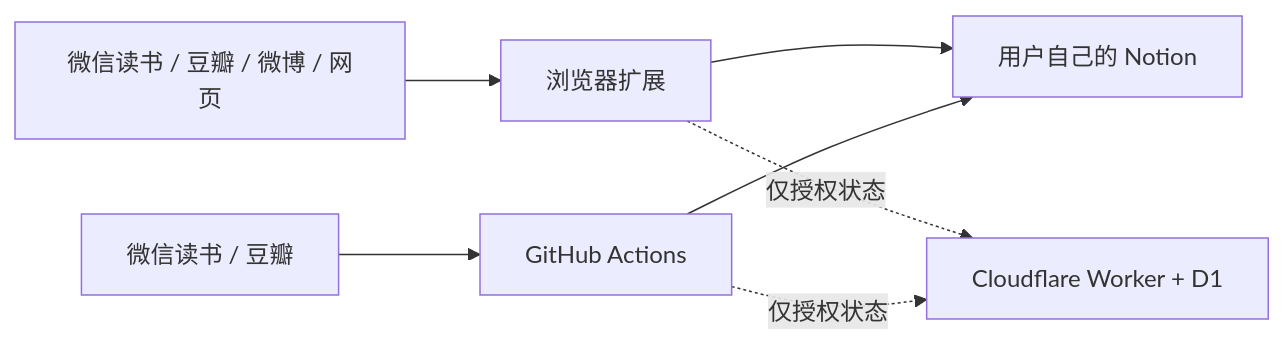
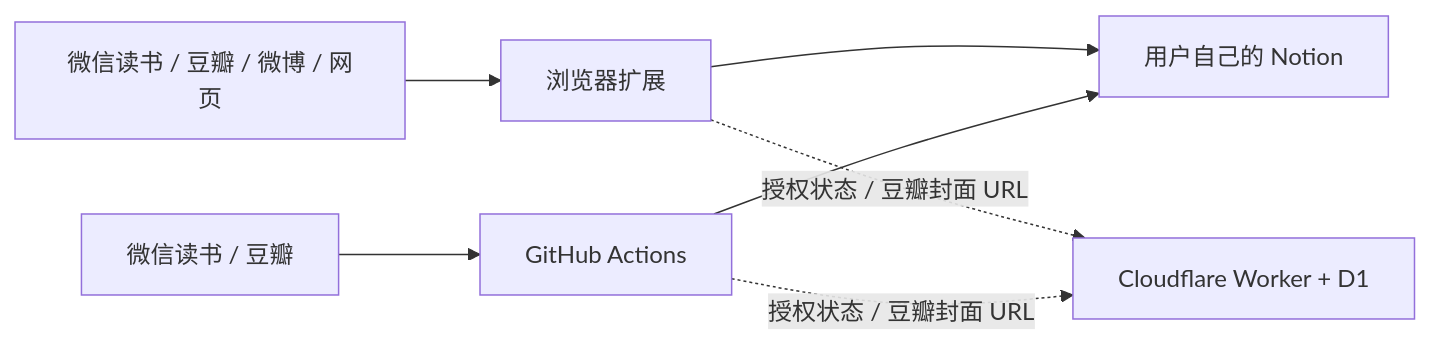
One commit to zengyincen/TunNest changed the diagram in README.md. Above: the diagram before and after it, drawn with Mermaid. The commit also changed other lines of this file and 21 other files, not shown here.

````diff
--- a/README.md
+++ b/README.md
@@ -517,9 +550,9 @@
 ```mermaid
 flowchart LR
   A["微信读书 / 豆瓣 / 微博 / 网页"] --> B["浏览器扩展"]
   C["微信读书 / 豆瓣"] --> D["GitHub Actions"]
   B --> E["用户自己的 Notion"]
   D --> E
-  B -. "仅授权状态" .-> F["Cloudflare Worker + D1"]
-  D -. "仅授权状态" .-> F
+  B -. "授权状态 / 豆瓣封面 URL" .-> F["Cloudflare Worker + D1"]
+  D -. "授权状态 / 豆瓣封面 URL" .-> F
 ```
````
